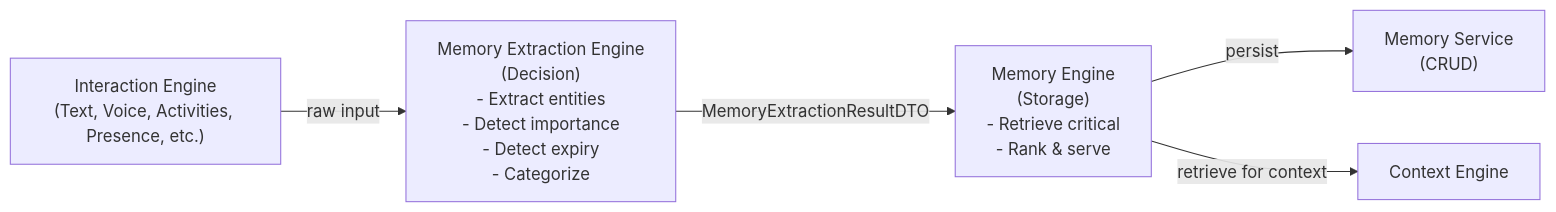
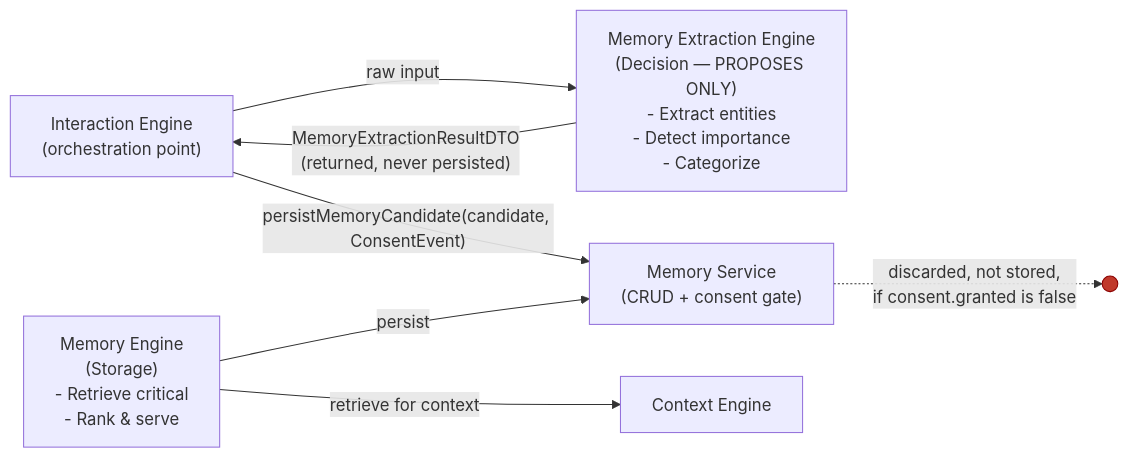
One commit to shubhamagar123/featherlite changed the second of 2 diagrams in src/engines/README.md. Above: the diagram before and after it, drawn with Mermaid. The commit also changed other lines of this file and 20 other files, not shown here.

````diff
--- a/src/engines/README.md
+++ b/src/engines/README.md
@@ -72,12 +72,17 @@
 ```mermaid
 flowchart LR
-    IE["Interaction Engine<br/>(Text, Voice, Activities, Presence, etc.)"]
-    MEE["Memory Extraction Engine<br/>(Decision)<br/>- Extract entities<br/>- Detect importance<br/>- Detect expiry<br/>- Categorize"]
+    IE["Interaction Engine<br/>(orchestration point)"]
+    MEE["Memory Extraction Engine<br/>(Decision — PROPOSES ONLY)<br/>- Extract entities<br/>- Detect importance<br/>- Categorize"]
+    MS["Memory Service<br/>(CRUD + consent gate)"]
     ME["Memory Engine<br/>(Storage)<br/>- Retrieve critical<br/>- Rank & serve"]
-    MS["Memory Service<br/>(CRUD)"]
 
     IE -->|"raw input"| MEE
-    MEE -->|"MemoryExtractionResultDTO"| ME
+    MEE -->|"MemoryExtractionResultDTO<br/>(returned, never persisted)"| IE
+    IE -->|"persistMemoryCandidate(candidate, ConsentEvent)"| MS
+    MS -.->|"discarded, not stored,<br/>if consent.granted is false"| VOID(( ))
     ME -->|"persist"| MS
     ME -->|"retrieve for context"| CTX["Context Engine"]
+
+    classDef forbidden fill:#c0392b,stroke:#8b0000,color:#fff
+    class VOID forbidden
 ```
````
